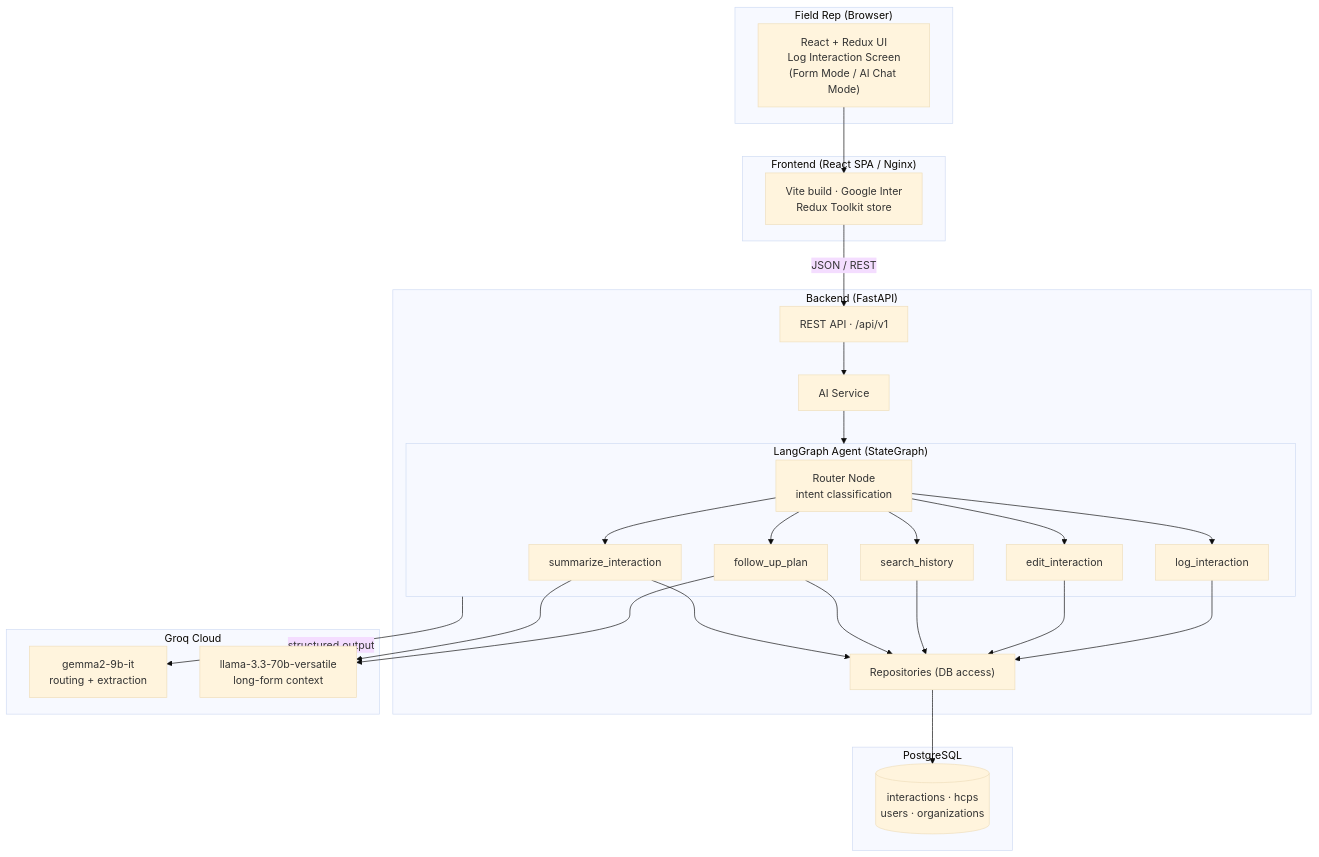
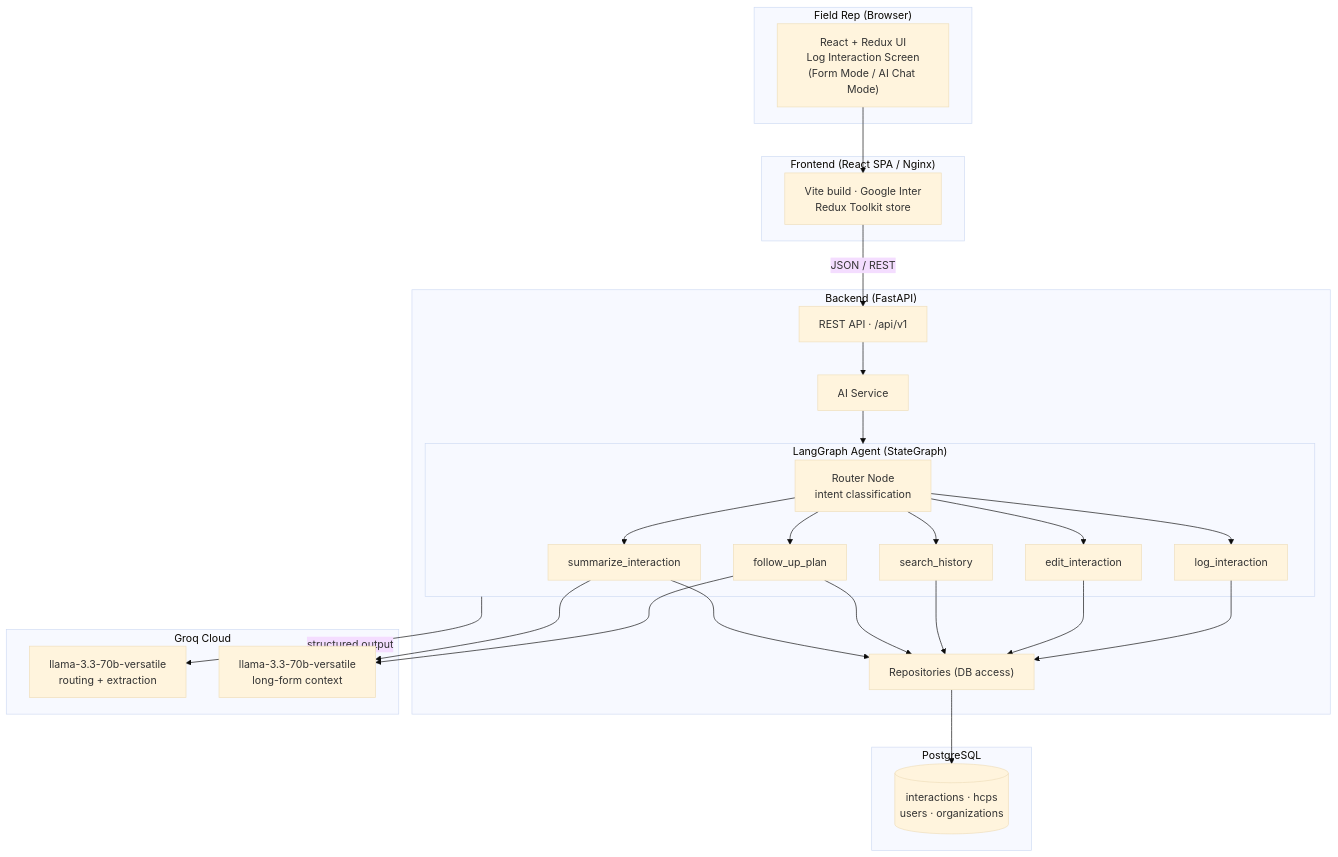
The diagram in README.md (Adnan-Umar/AI-First-CRM), drawn with Mermaid (base theme) before and after one commit. The commit also changed other lines of this file and 7 other files, not shown here.

First line of the commit message:
Fix model_decommissioned: switch default to llama-3.3-70b-versatile

````diff
--- a/README.md
+++ b/README.md
@@ -27,37 +27,37 @@
 ```mermaid
 flowchart TD
     subgraph Browser["Field Rep (Browser)"]
         UI["React + Redux UI<br/>Log Interaction Screen<br/>(Form Mode / AI Chat Mode)"]
     end
     subgraph Frontend["Frontend (React SPA / Nginx)"]
         FE["Vite build · Google Inter<br/>Redux Toolkit store"]
     end
     subgraph Backend["Backend (FastAPI)"]
         API["REST API · /api/v1"]
         SVC["AI Service"]
         subgraph Agent["LangGraph Agent (StateGraph)"]
             ROUTER["Router Node<br/>intent classification"]
             T1["log_interaction"]
             T2["edit_interaction"]
             T3["search_history"]
             T4["follow_up_plan"]
             T5["summarize_interaction"]
         end
         REPO["Repositories (DB access)"]
     end
     subgraph LLM["Groq Cloud"]
-        G1["gemma2-9b-it<br/>routing + extraction"]
+        G1["llama-3.3-70b-versatile<br/>routing + extraction"]
         G2["llama-3.3-70b-versatile<br/>long-form context"]
     end
     subgraph Data["PostgreSQL"]
         DB[("interactions · hcps<br/>users · organizations")]
     end
 
     UI --> FE
     FE -- "JSON / REST" --> API
     API --> SVC --> Agent
     ROUTER --> T1 & T2 & T3 & T4 & T5
     T1 & T2 & T3 & T4 & T5 --> REPO --> DB
     Agent -->|"structured output"| G1
     T4 & T5 --> G2
 ```
````
